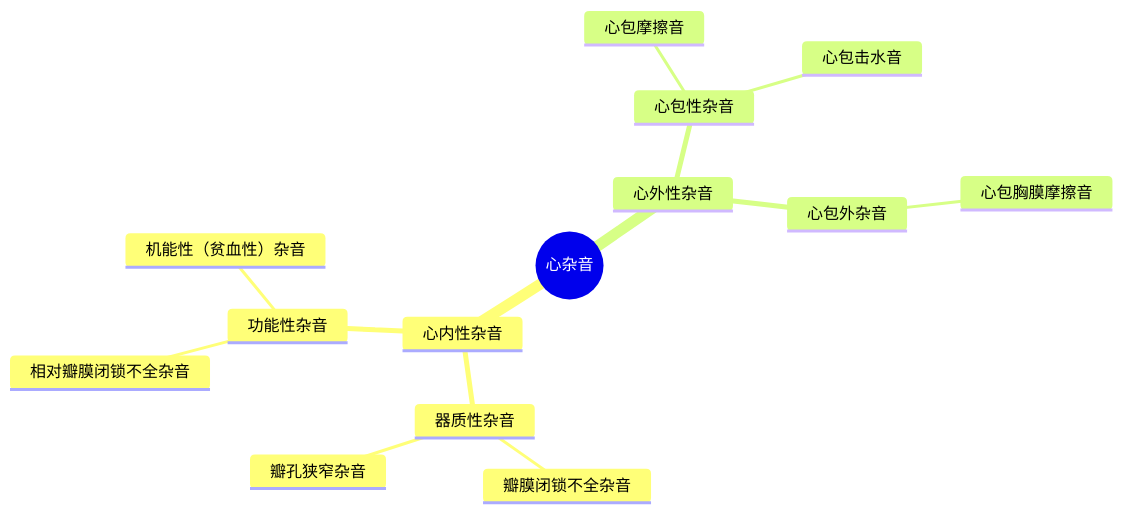
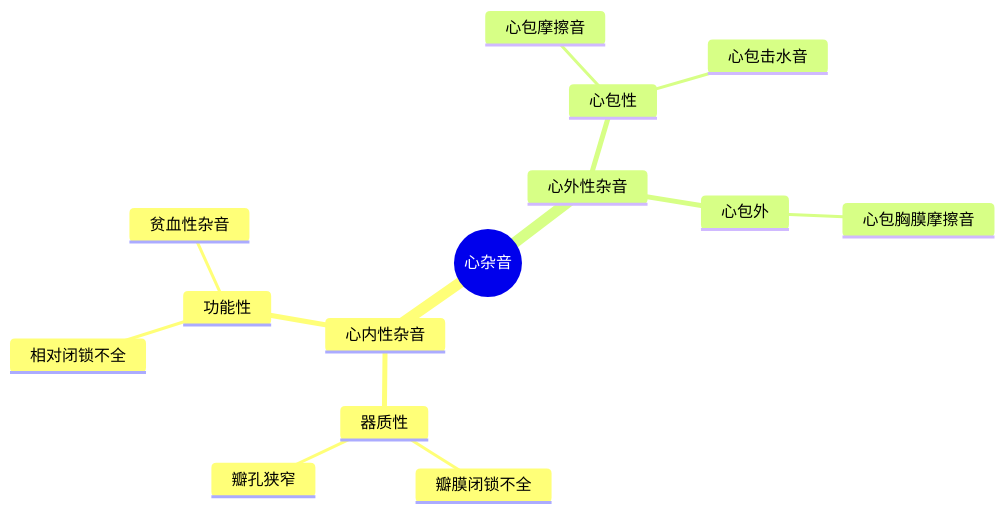
The second of 2 diagrams in 兽医诊断学/心脏检查.md (Raymon-Lyu/Veterinary-Medicine), drawn with Mermaid before and after one commit.

Commit message:
vault backup: 2026-04-14 16:41:53

````diff
--- a/兽医诊断学/心脏检查.md
+++ b/兽医诊断学/心脏检查.md
@@ -137,17 +137,17 @@
 ```mermaid
 mindmap
   root((心杂音))
     心内性杂音
-      器质性杂音
-        瓣膜闭锁不全杂音
-        瓣孔狭窄杂音
-      功能性杂音
-        相对瓣膜闭锁不全杂音
-        机能性（贫血性）杂音
+      器质性
+        瓣膜闭锁不全
+        瓣孔狭窄
+      功能性
+        相对闭锁不全
+        贫血性杂音
     心外性杂音
-      心包性杂音
+      心包性
         心包摩擦音
         心包击水音
-      心包外杂音
+      心包外
         心包胸膜摩擦音
 ```
````
